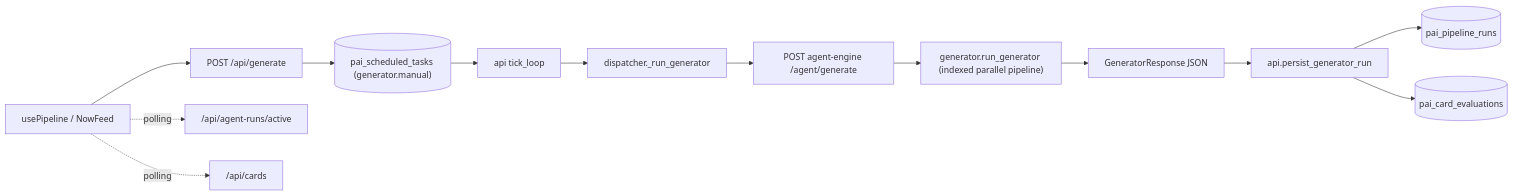
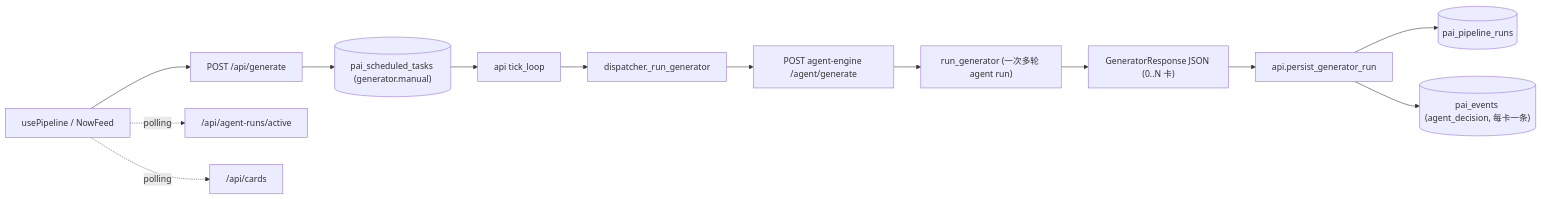
One commit to Edge-AI-HQ/proactive-assistant changed the first of 2 diagrams in docs/modules/generation.mdx. Above: the diagram before and after it, drawn with Mermaid. The commit also changed other lines of this file and 326 other files, not shown here.

First line of the commit message:
refactor(memory): lifelong-memory three-layer refactor + legacy architecture sunset (#215)

````diff
--- a/docs/modules/generation.mdx
+++ b/docs/modules/generation.mdx
@@ -16,15 +16,15 @@
 ```mermaid
 flowchart LR
   UI["usePipeline / NowFeed"] --> API["POST /api/generate"]
   API --> Q[("pai_scheduled_tasks (generator.manual)")]
   Q --> Sched["api tick_loop"]
   Sched --> Disp["dispatcher._run_generator"]
   Disp --> Chat["POST agent-engine /agent/generate"]
-  Chat --> Agent["generator.run_generator (indexed parallel pipeline)"]
-  Agent --> Resp["GeneratorResponse JSON"]
+  Chat --> Agent["run_generator (一次多轮 agent run)"]
+  Agent --> Resp["GeneratorResponse JSON (0..N 卡)"]
   Resp --> Persist["api.persist_generator_run"]
   Persist --> PR[("pai_pipeline_runs")]
-  Persist --> CE[("pai_card_evaluations")]
+  Persist --> EV[("pai_events (agent_decision, 每卡一条)")]
   UI -. polling .-> Runs["/api/agent-runs/active"]
   UI -. polling .-> Cards["/api/cards"]
 ```
````
